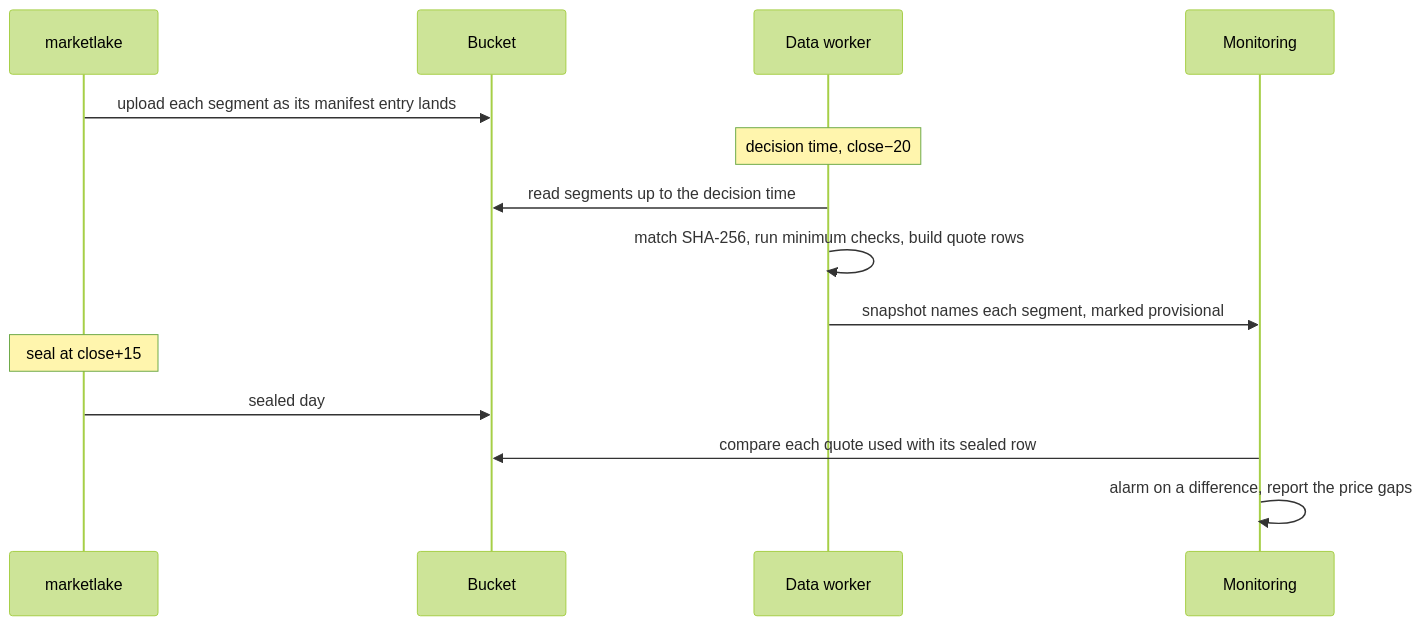
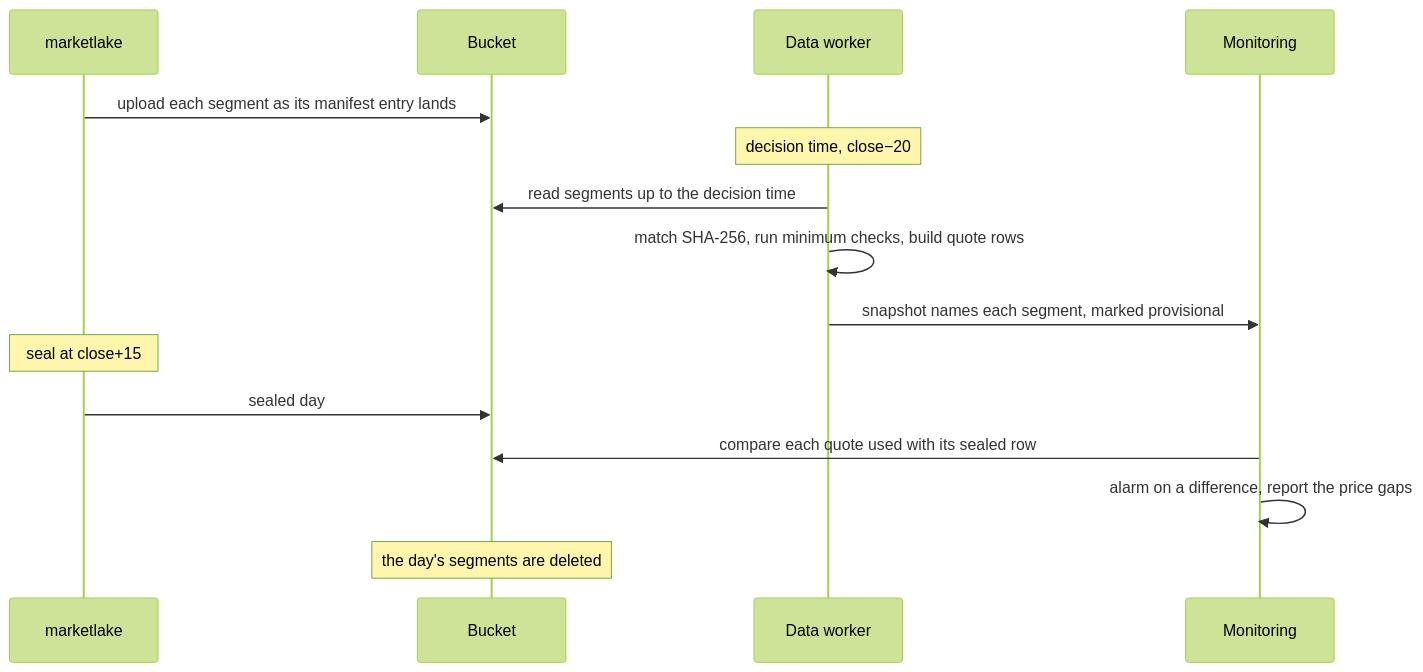
One commit to l3a0/ithildin-runtime changed the sixth of 23 diagrams in docs/architecture.md. Above: the diagram before and after it, drawn with Mermaid (forest theme). The commit also changed other lines of this file and 1 other file, not shown here.

First line of the commit message:
docs: delete a day's segments after compaction and replay from partitions

````diff
--- a/docs/architecture.md
+++ b/docs/architecture.md
@@ -310,16 +312,17 @@
 ```mermaid
 sequenceDiagram
     participant M as marketlake
     participant B as Bucket
     participant D as Data worker
     participant O as Monitoring
     M->>B: upload each segment as its manifest entry lands
     Note over D: decision time, close−20
     D->>B: read segments up to the decision time
     D->>D: match SHA-256, run minimum checks, build quote rows
     D->>O: snapshot names each segment, marked provisional
     Note over M: seal at close+15
     M->>B: sealed day
     O->>B: compare each quote used with its sealed row
     O->>O: alarm on a difference, report the price gaps
+    Note over B: the day's segments are deleted
 ```
````
